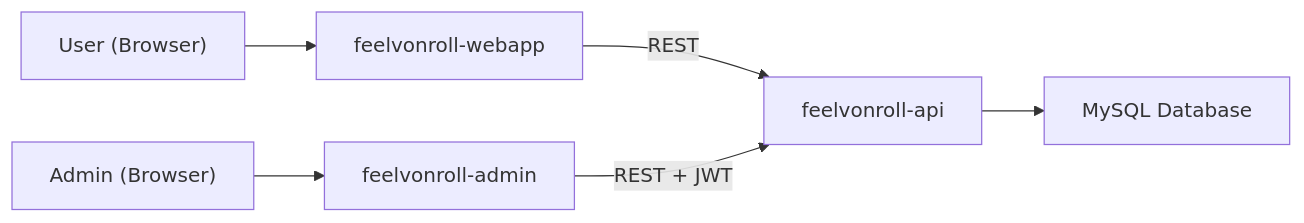
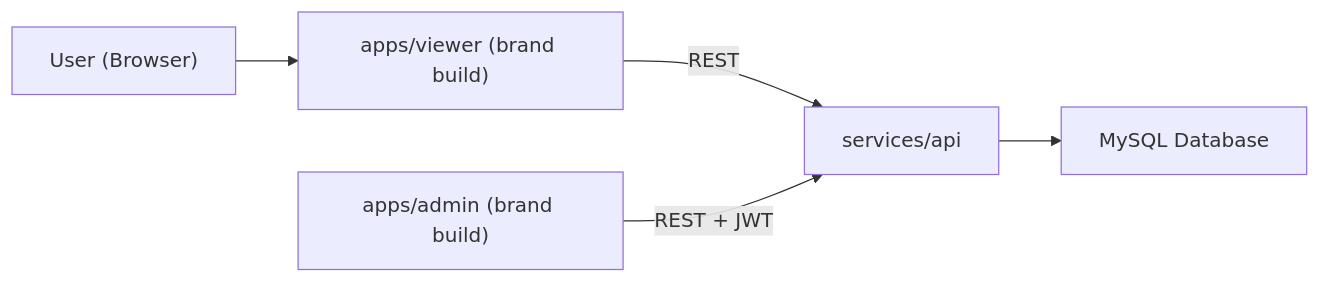
Before and after one commit to lbatschelet/wellspace: the diagram in README.md, drawn with Mermaid. The commit also changed other lines of this file and 22 other files, not shown here.

````diff
--- a/README.md
+++ b/README.md
@@ -21,8 +16,7 @@
 ```mermaid
 graph LR
-  User["User (Browser)"] --> Webapp["feelvonroll-webapp"]
-  Webapp -->|"REST"| API["feelvonroll-api"]
-  Admin["feelvonroll-admin"] -->|"REST + JWT"| API
+  User["User (Browser)"] --> Viewer["apps/viewer (brand build)"]
+  Viewer -->|"REST"| API["services/api"]
+  Admin["apps/admin (brand build)"] -->|"REST + JWT"| API
   API --> DB["MySQL Database"]
-  AdminUser["Admin (Browser)"] --> Admin
 ```
````
